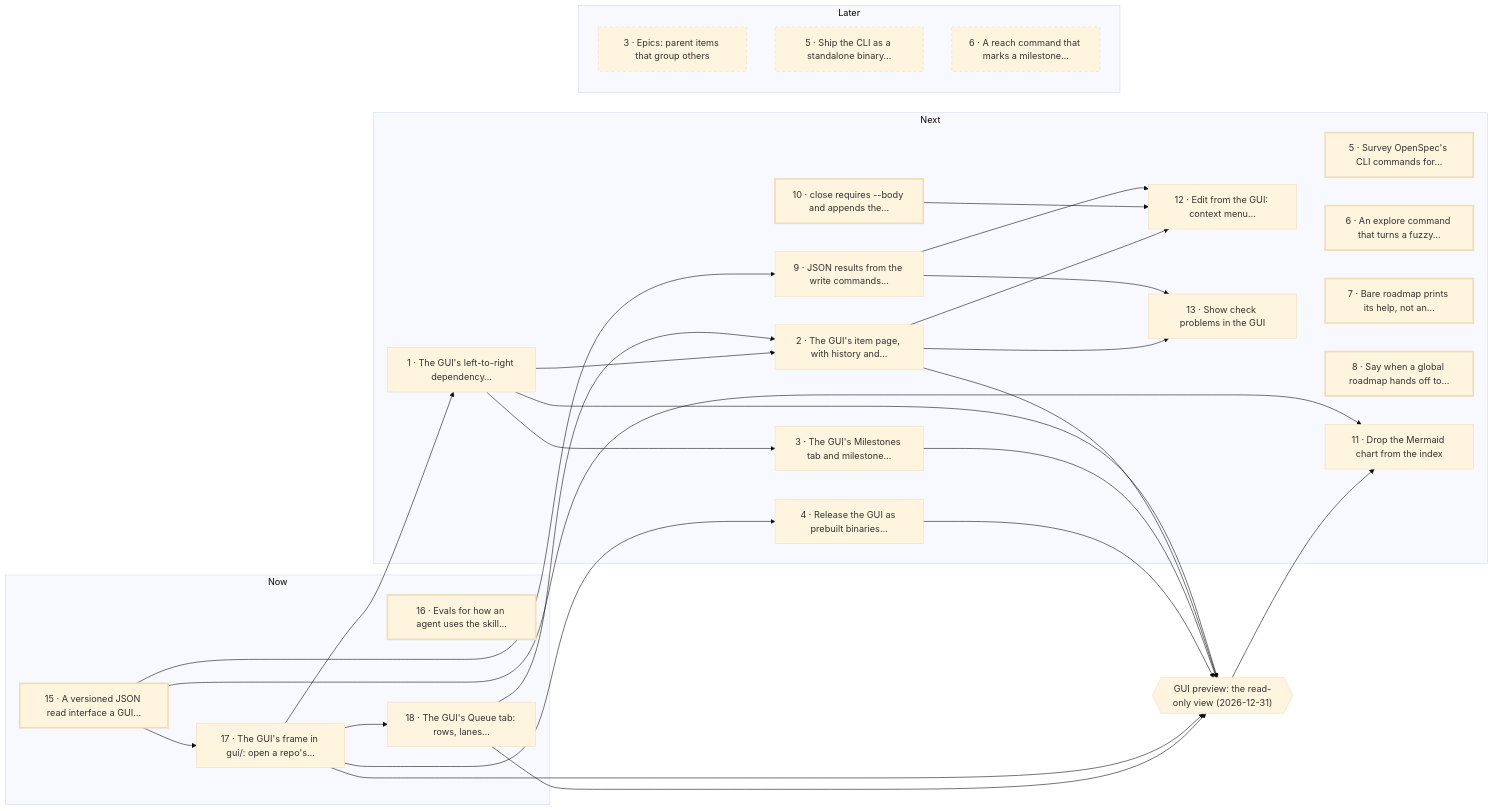
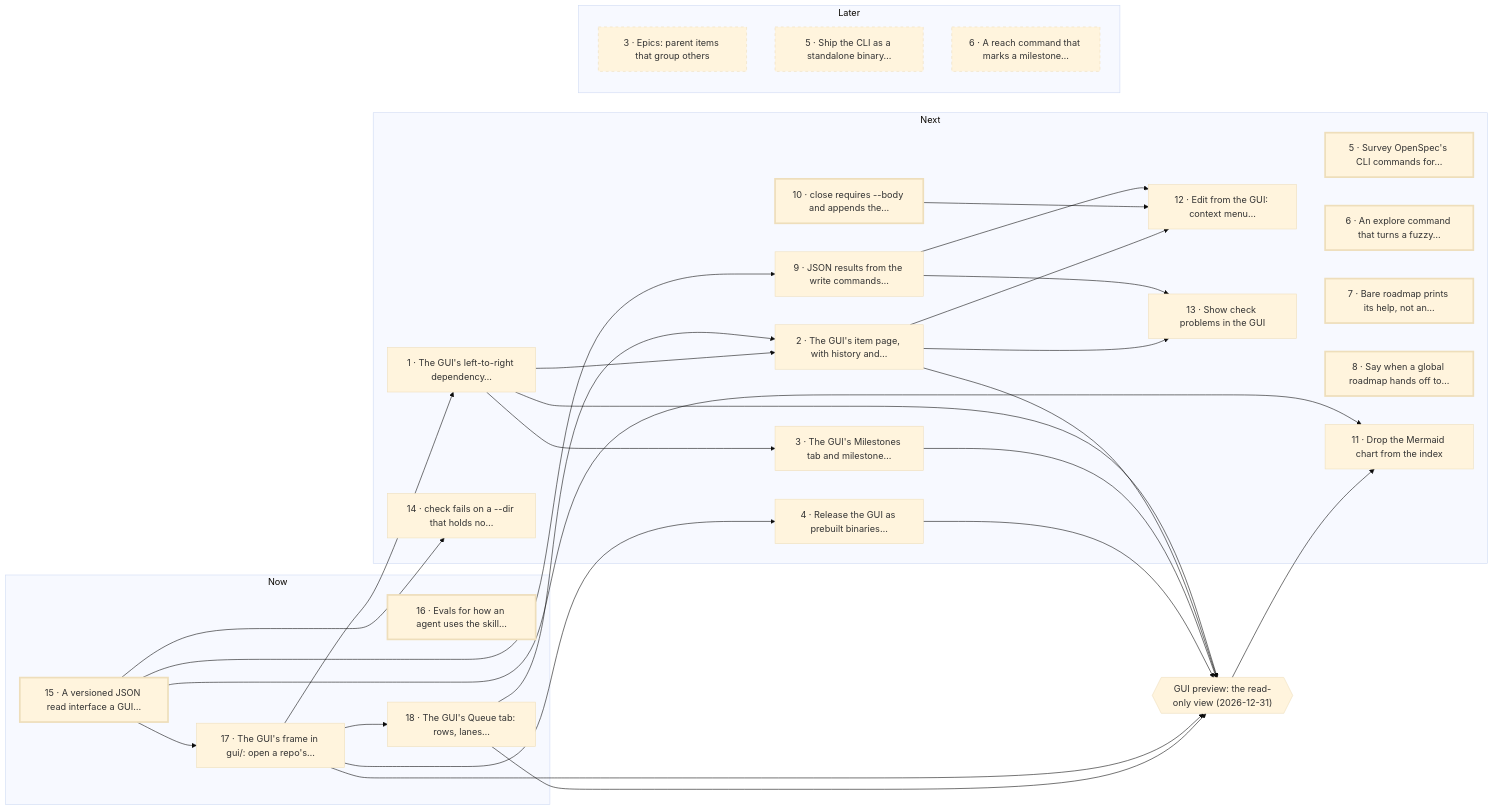
The diagram in roadmap/README.md (carby/simple-agentic-roadmap-skill), drawn with Mermaid (base theme) before and after one commit. The commit also changed other lines of this file and 1 other file, not shown here.

Commit message:
docs(roadmap): file check-missing-dir

````diff
--- a/roadmap/README.md
+++ b/roadmap/README.md
@@ -42,56 +42,58 @@
 ```mermaid
 flowchart LR
   subgraph b_now ["Now"]
     i_gui_read_interface["15 · A versioned JSON read interface a GUI…"]
     i_agent_behaviour_evals["16 · Evals for how an agent uses the skill…"]
     i_gui_scaffold["17 · The GUI's frame in gui/: open a repo's…"]
     i_gui_queue["18 · The GUI's Queue tab: rows, lanes…"]
   end
   subgraph b_next ["Next"]
     i_gui_dependency_graph["1 · The GUI's left-to-right dependency…"]
     i_gui_item_page["2 · The GUI's item page, with history and…"]
     i_gui_milestones["3 · The GUI's Milestones tab and milestone…"]
     i_gui_release["4 · Release the GUI as prebuilt binaries…"]
     i_openspec_command_parity["5 · Survey OpenSpec's CLI commands for…"]
     i_explore_command["6 · An explore command that turns a fuzzy…"]
     i_help_without_command["7 · Bare roadmap prints its help, not an…"]
     i_handoff_override["8 · Say when a global roadmap hands off to…"]
     i_json_write_results["9 · JSON results from the write commands…"]
     i_close_body["10 · close requires --body and appends the…"]
     i_drop_mermaid["11 · Drop the Mermaid chart from the index"]
     i_gui_editing["12 · Edit from the GUI: context menu…"]
     i_gui_check_panel["13 · Show check problems in the GUI"]
+    i_check_missing_dir["14 · check fails on a --dir that holds no…"]
   end
   subgraph b_later ["Later"]
     i_epics["3 · Epics: parent items that group others"]
     i_standalone_binary["5 · Ship the CLI as a standalone binary…"]
     i_reach_command["6 · A reach command that marks a milestone…"]
   end
   b_now ~~~ b_next ~~~ b_later
   i_gui_read_interface --> i_gui_scaffold
   i_gui_scaffold --> i_gui_queue
   i_gui_scaffold --> i_gui_dependency_graph
   i_gui_queue --> i_gui_item_page
   i_gui_dependency_graph --> i_gui_item_page
   i_gui_dependency_graph --> i_gui_milestones
   i_gui_scaffold --> i_gui_release
   i_gui_read_interface --> i_json_write_results
   i_gui_read_interface --> i_drop_mermaid
   i_json_write_results --> i_gui_editing
   i_close_body --> i_gui_editing
   i_gui_item_page --> i_gui_editing
   i_json_write_results --> i_gui_check_panel
   i_gui_item_page --> i_gui_check_panel
+  i_gui_read_interface --> i_check_missing_dir
   m_gui_preview{{"GUI preview: the read-only view (2026-12-31)"}}
   i_gui_scaffold --> m_gui_preview
   i_gui_queue --> m_gui_preview
   i_gui_dependency_graph --> m_gui_preview
   i_gui_item_page --> m_gui_preview
   i_gui_milestones --> m_gui_preview
   i_gui_release --> m_gui_preview
   m_gui_preview --> i_drop_mermaid
   classDef ready stroke-width: 3px
   class i_gui_read_interface,i_agent_behaviour_evals,i_openspec_command_parity,i_explore_command,i_help_without_command,i_handoff_override,i_close_body ready
   classDef later stroke-dasharray: 5 5
   class i_epics,i_standalone_binary,i_reach_command later
 ```
````
